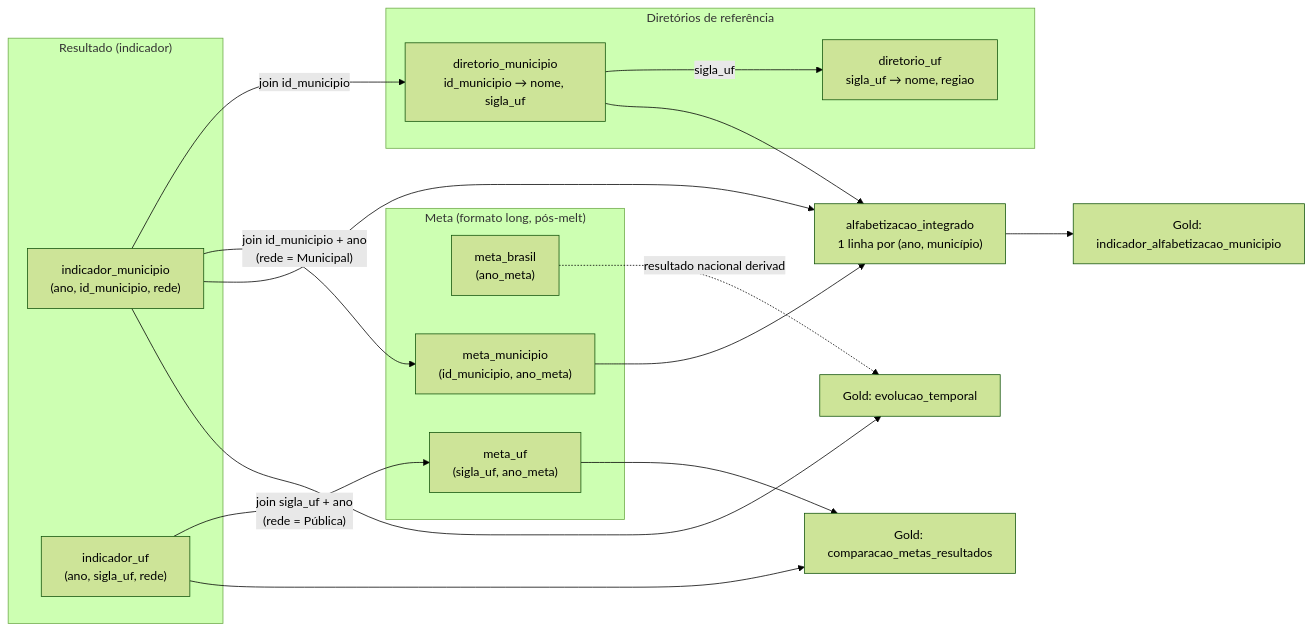
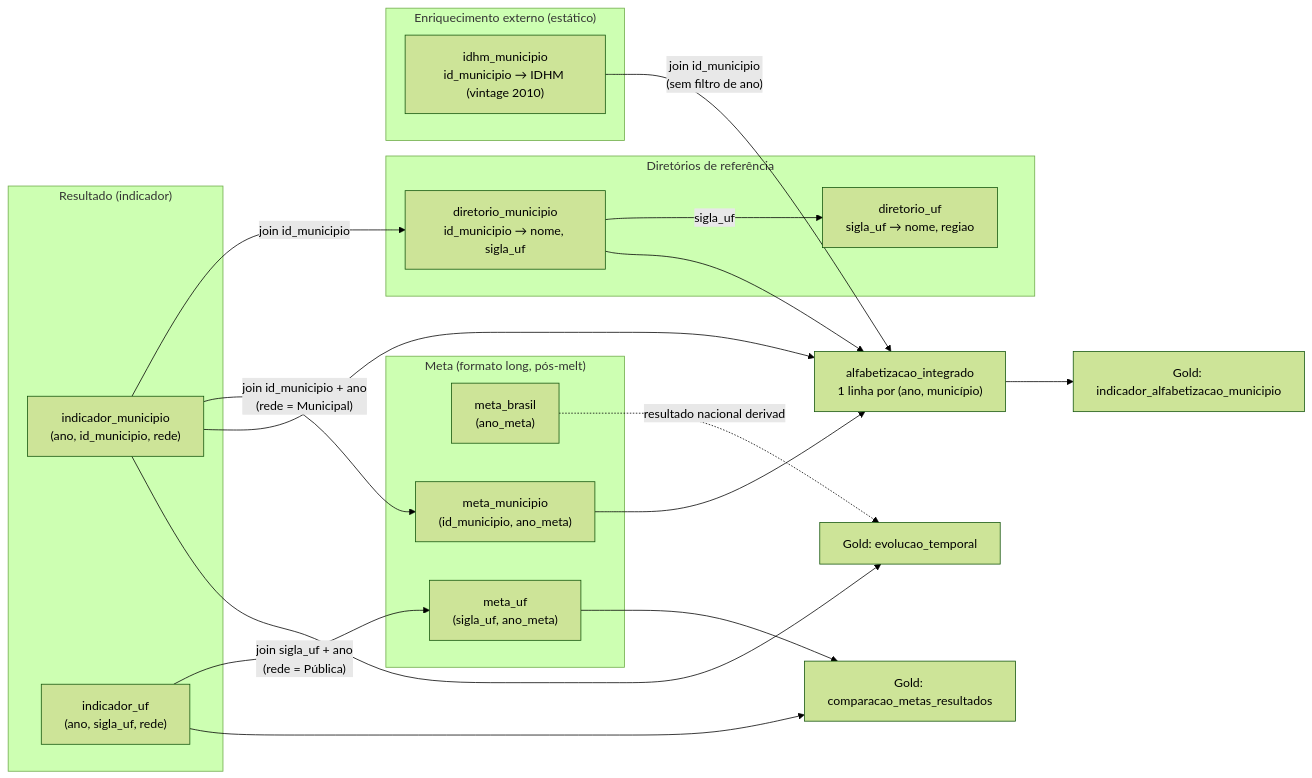
One commit to Fe-Biaggio/TechChallenge_2 changed the second of 2 diagrams in docs/arquitetura/README.md. Above: the diagram before and after it, drawn with Mermaid (forest theme). The commit also changed other lines of this file and 2 other files, not shown here.

First line of the commit message:
Atualiza documentacao: enriquecimento externo, alertas e testes

````diff
--- a/docs/arquitetura/README.md
+++ b/docs/arquitetura/README.md
@@ -82,33 +107,38 @@
 ```mermaid
 flowchart LR
     subgraph Resultado["Resultado (indicador)"]
         IM["indicador_municipio\n(ano, id_municipio, rede)"]
         IU["indicador_uf\n(ano, sigla_uf, rede)"]
     end
 
     subgraph Meta["Meta (formato long, pós-melt)"]
         MB["meta_brasil\n(ano_meta)"]
         MU["meta_uf\n(sigla_uf, ano_meta)"]
         MM["meta_municipio\n(id_municipio, ano_meta)"]
     end
 
     subgraph Diretorios["Diretórios de referência"]
         DM["diretorio_municipio\nid_municipio → nome, sigla_uf"]
         DU["diretorio_uf\nsigla_uf → nome, regiao"]
     end
 
+    subgraph Externo["Enriquecimento externo (estático)"]
+        IDHM["idhm_municipio\nid_municipio → IDHM (vintage 2010)"]
+    end
+
     IM -- "join id_municipio" --> DM
     IM -- "join id_municipio + ano\n(rede = Municipal)" --> MM
     DM -- "sigla_uf" --> DU
     IU -- "join sigla_uf + ano\n(rede = Pública)" --> MU
 
     IM --> INTEGRADO["alfabetizacao_integrado\n1 linha por (ano, município)"]
     DM --> INTEGRADO
     MM --> INTEGRADO
+    IDHM -- "join id_municipio\n(sem filtro de ano)" --> INTEGRADO
 
     INTEGRADO --> G1["Gold: indicador_alfabetizacao_municipio"]
     IU --> G2["Gold: comparacao_metas_resultados"]
     MU --> G2
     IM --> G3["Gold: evolucao_temporal"]
     MB -.resultado nacional derivado.-> G3
 ```
````
